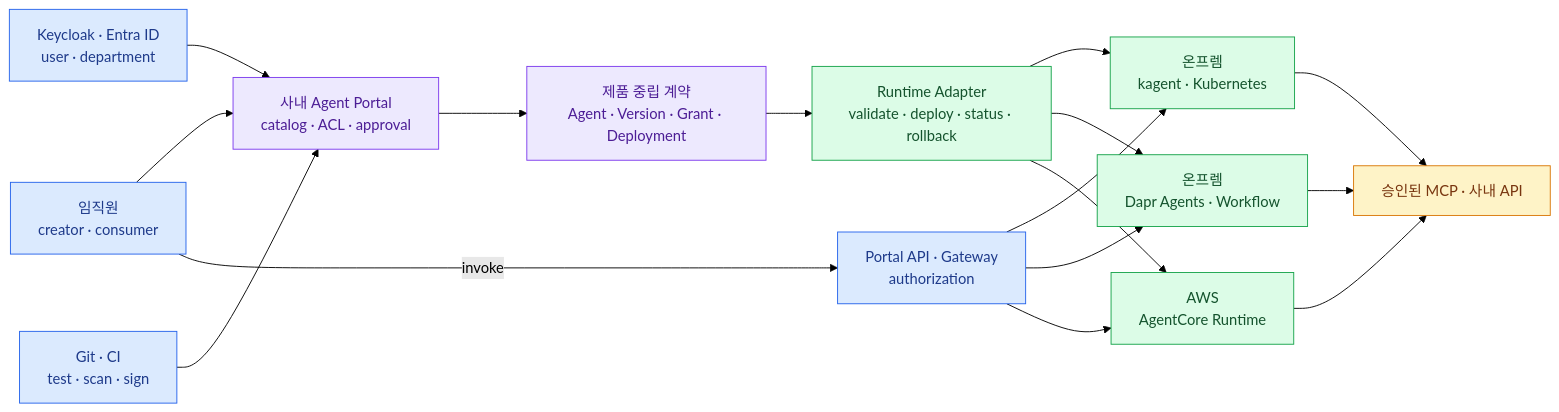
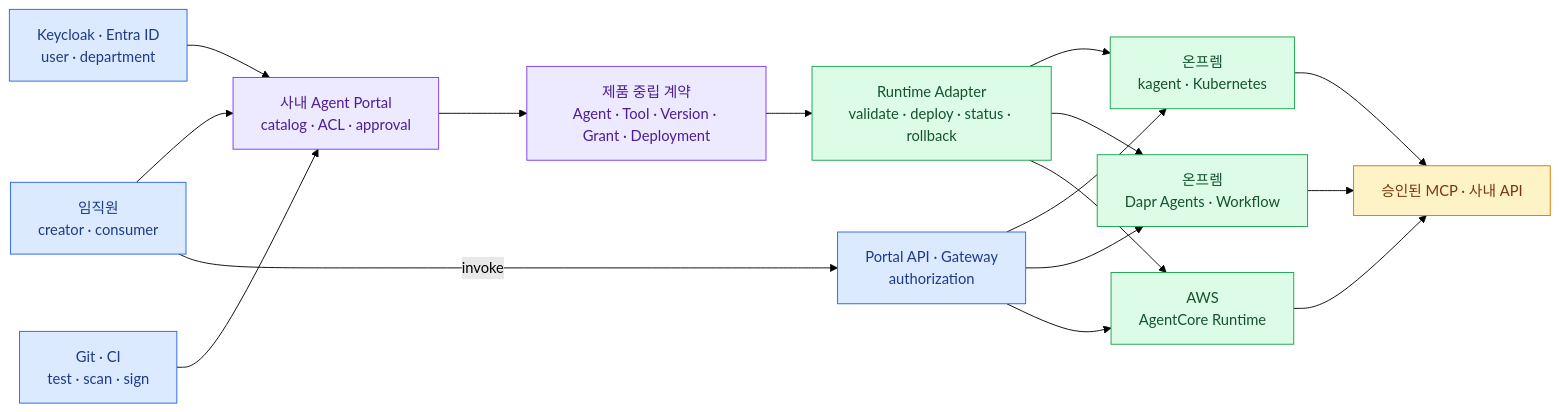
Before and after one commit to mechurak/study-starlight: the diagram in src/content/docs/agent-platform/index.mdx, drawn with Mermaid (forest theme). The commit also changed other lines of this file and 16 other files, not shown here.

````diff
--- a/src/content/docs/agent-platform/index.mdx
+++ b/src/content/docs/agent-platform/index.mdx
@@ -21,29 +21,29 @@
 ```mermaid
 flowchart LR
     USER["임직원<br/>creator · consumer"] --> PORTAL["사내 Agent Portal<br/>catalog · ACL · approval"]
     IDP["Keycloak · Entra ID<br/>user · department"] --> PORTAL
     GIT["Git · CI<br/>test · scan · sign"] --> PORTAL
 
-    PORTAL --> CORE["제품 중립 계약<br/>Agent · Version · Grant · Deployment"]
+    PORTAL --> CORE["제품 중립 계약<br/>Agent · Tool · Version · Grant · Deployment"]
     CORE --> ADAPTER["Runtime Adapter<br/>validate · deploy · status · rollback"]
     ADAPTER --> KAG["온프렘<br/>kagent · Kubernetes"]
     ADAPTER --> DAPR["온프렘<br/>Dapr Agents · Workflow"]
     ADAPTER --> AWS["AWS<br/>AgentCore Runtime"]
 
     USER -->|"invoke"| EDGE["Portal API · Gateway<br/>authorization"]
     EDGE --> KAG
     EDGE --> DAPR
     EDGE --> AWS
     KAG --> TOOL["승인된 MCP · 사내 API"]
     DAPR --> TOOL
     AWS --> TOOL
 
     classDef key fill:#dbeafe,stroke:#2563eb,color:#1e3a8a
     classDef zone fill:#ede9fe,stroke:#7c3aed,color:#4c1d95
     classDef ok fill:#dcfce7,stroke:#16a34a,color:#14532d
     classDef warn fill:#fef3c7,stroke:#d97706,color:#78350f
     class USER,IDP,GIT,EDGE key
     class PORTAL,CORE zone
     class ADAPTER,KAG,DAPR,AWS ok
     class TOOL warn
 ```
````
